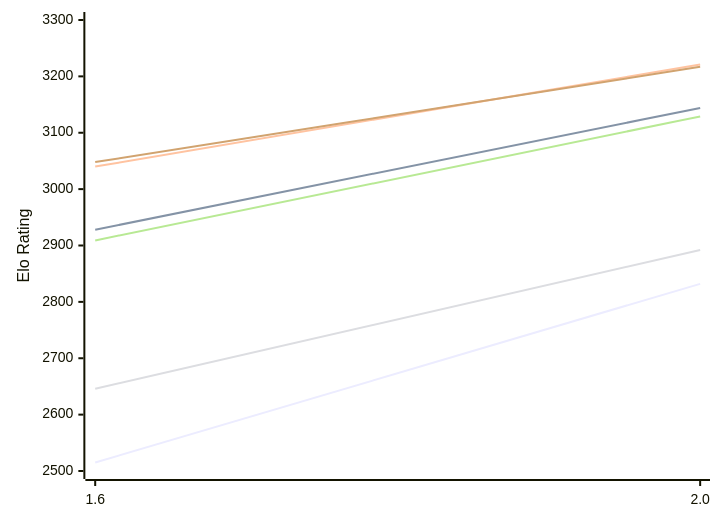
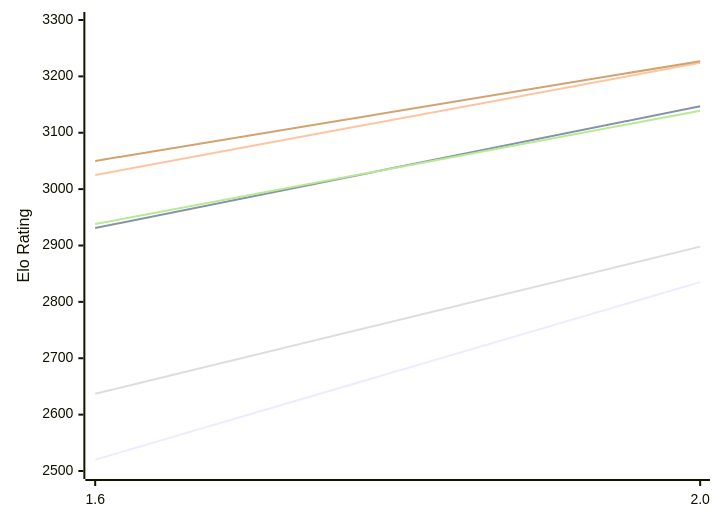
One commit to computer-chess-index/cci changed the first of 2 diagrams in engines/Onyx.md. Above: the diagram before and after it, drawn with Mermaid. The commit also changed other lines of this file, not shown here.

Commit message:
Update CCI Ratings (ELO VLTC) - 2026-11-25

````diff
--- a/engines/Onyx.md
+++ b/engines/Onyx.md
@@ -50,12 +50,12 @@
 ```mermaid
 %%{init: {"theme":"base","themeVariables":{"seriesColors:['#a3a3a3','#222221','#faa371']}}}%%
 xychart-beta
   x-axis ["1.6", "2.0"]
   y-axis "Elo Rating" 2500 --> 3300
-  line "E1: STC (8.0+0.08s)" [2515, 2832]
-  line "E1: LTC (60.0+0.60s)" [2928, 3144]
-  line "E1: VLTC (2m24s+1.12s)" [3040, 3221]
-  line "P1: STC (8.0+0.08s)" [2646, 2892]
-  line "P1: LTC (60.0+0.60s)" [2909, 3129]
-  line "P1: VLTC (2m24s+1.12s)" [3048, 3217]
+  line "E1: STC (8.0+0.08s)" [2520, 2835]
+  line "E1: LTC (60.0+0.60s)" [2931, 3147]
+  line "E1: VLTC (2m24s+1.12s)" [3025, 3224]
+  line "P1: STC (8.0+0.08s)" [2637, 2898]
+  line "P1: LTC (60.0+0.60s)" [2938, 3139]
+  line "P1: VLTC (2m24s+1.12s)" [3050, 3227]
 ```
````
